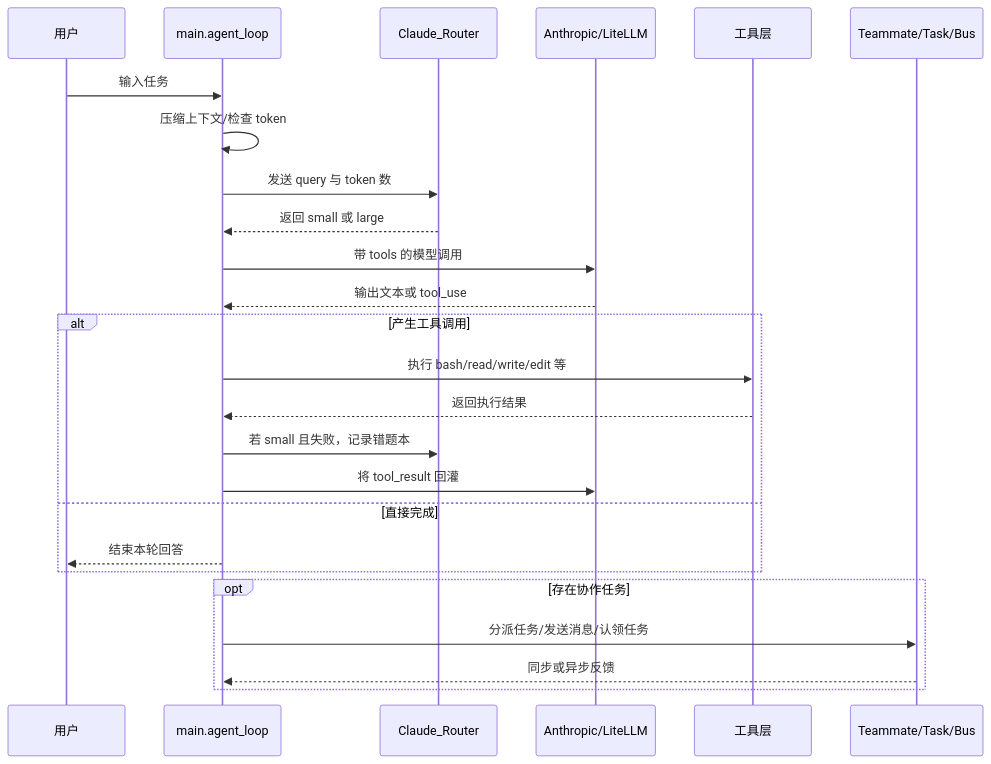
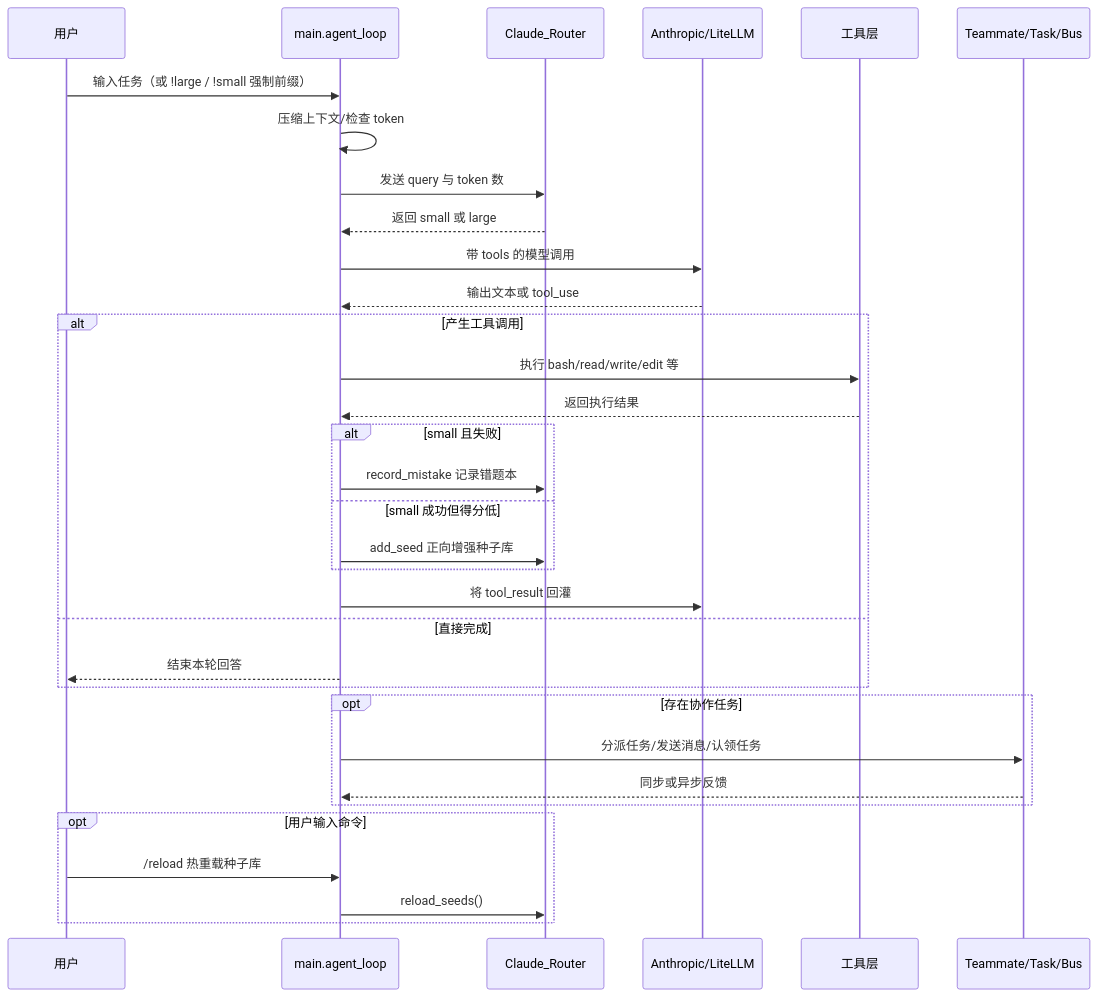
Before and after one commit to xinxingruji/Daemon-Agent: the second of 2 diagrams in TECHNICAL_REPORT.md, drawn with Mermaid. The commit also changed other lines of this file, not shown here.

````diff
--- a/TECHNICAL_REPORT.md
+++ b/TECHNICAL_REPORT.md
@@ -101,28 +126,36 @@
 ```mermaid
 sequenceDiagram
     participant User as 用户
     participant Main as main.agent_loop
     participant Router as Claude_Router
     participant LLM as Anthropic/LiteLLM
     participant Tool as 工具层
     participant Team as Teammate/Task/Bus
 
-    User->>Main: 输入任务
+    User->>Main: 输入任务（或 !large / !small 强制前缀）
     Main->>Main: 压缩上下文/检查 token
     Main->>Router: 发送 query 与 token 数
     Router-->>Main: 返回 small 或 large
     Main->>LLM: 带 tools 的模型调用
     LLM-->>Main: 输出文本或 tool_use
     alt 产生工具调用
         Main->>Tool: 执行 bash/read/write/edit 等
         Tool-->>Main: 返回执行结果
-        Main->>Router: 若 small 且失败，记录错题本
+        alt small 且失败
+            Main->>Router: record_mistake 记录错题本
+        else small 成功但得分低
+            Main->>Router: add_seed 正向增强种子库
+        end
         Main->>LLM: 将 tool_result 回灌
     else 直接完成
         Main-->>User: 结束本轮回答
     end
     opt 存在协作任务
         Main->>Team: 分派任务/发送消息/认领任务
         Team-->>Main: 同步或异步反馈
     end
+    opt 用户输入命令
+        User->>Main: /reload 热重载种子库
+        Main->>Router: reload_seeds()
+    end
 ```
````
